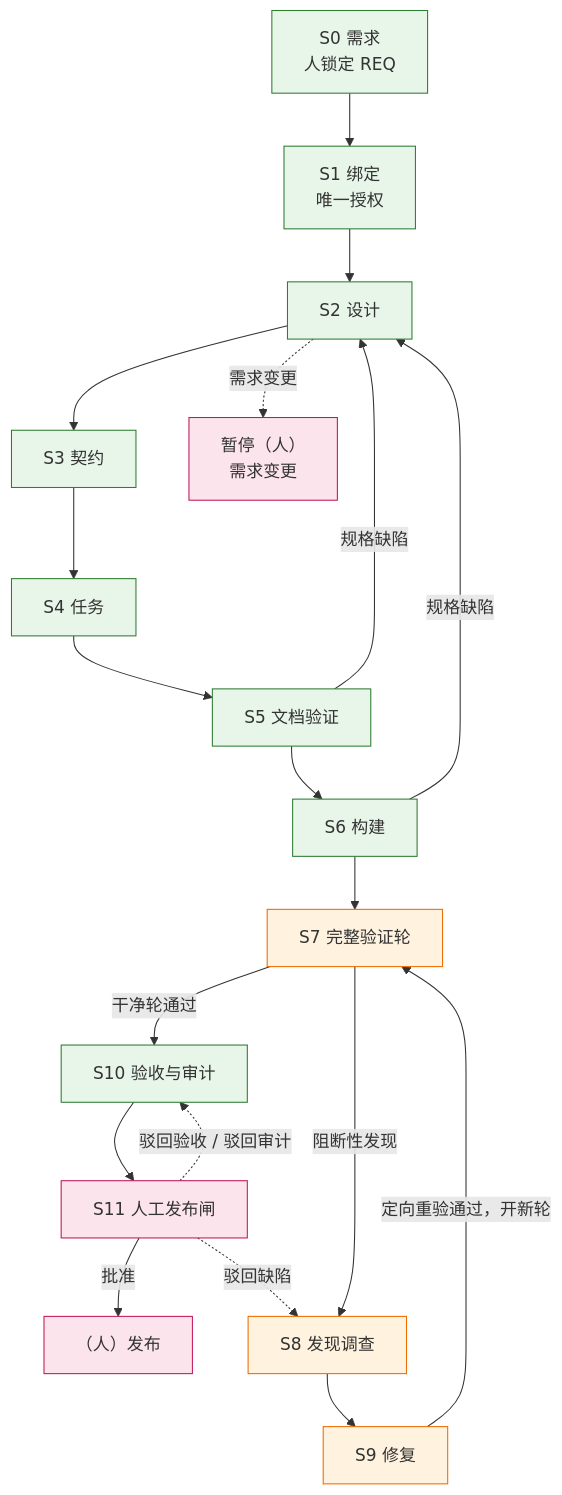
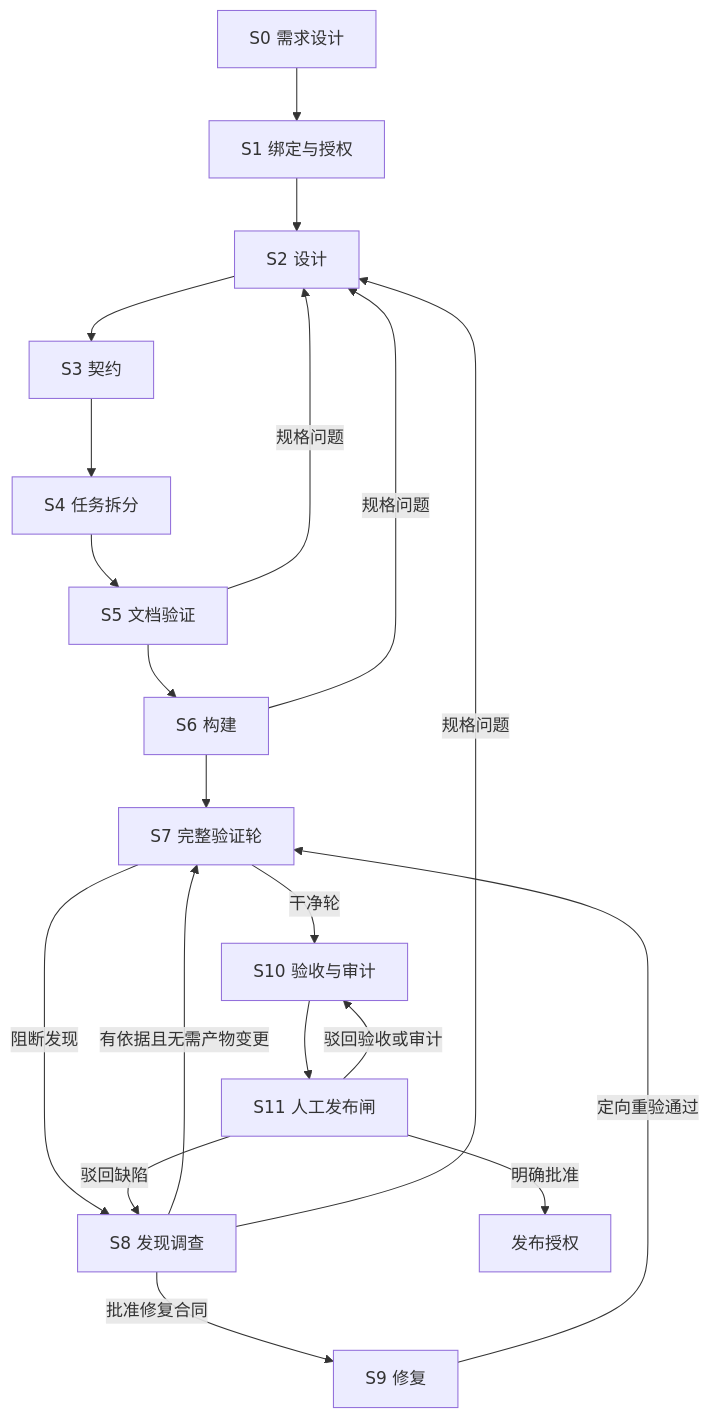
The diagram in blueprint/l2-lifecycle/L2-lifecycle-plan.md (Sebs-Lee/go-system-builder), drawn with Mermaid before and after one commit. The commit also changed other lines of this file and 468 other files, not shown here.

````diff
--- a/blueprint/l2-lifecycle/L2-lifecycle-plan.md
+++ b/blueprint/l2-lifecycle/L2-lifecycle-plan.md
@@ -18,20 +7,17 @@
 ```mermaid
 flowchart TD
-    S0["S0 需求<br/>人锁定 REQ"] --> S1["S1 绑定<br/>唯一授权"]
-    S1 --> S2["S2 设计"] --> S3["S3 契约"] --> S4["S4 任务"] --> S5["S5 文档验证"] --> S6["S6 构建"] --> S7["S7 完整验证轮"]
-    S7 -->|"干净轮通过"| S10["S10 验收与审计"] --> S11["S11 人工发布闸"]
-    S11 -->|"批准"| REL["（人）发布"]
-    S11 -.->|"驳回缺陷"| S8["S8 发现调查"]
-    S11 -.->|"驳回验收 / 驳回审计"| S10
-    S7 -->|"阻断性发现"| S8 --> S9["S9 修复"] -->|"定向重验通过，开新轮"| S7
-    S5 -->|"规格缺陷"| S2
-    S6 -->|"规格缺陷"| S2
-    PAUSE["暂停（人）<br/>需求变更"]
-    S2 -.->|"需求变更"| PAUSE
-    classDef main fill:#e8f5e9,stroke:#2e7d32
-    classDef fix fill:#fff3e0,stroke:#ef6c00
-    classDef human fill:#fce4ec,stroke:#c2185b
-    class S0,S1,S2,S3,S4,S5,S6,S10 main
-    class S7,S8,S9 fix
-    class S11,REL,PAUSE human
+    S0[S0 需求设计] --> S1[S1 绑定与授权]
+    S1 --> S2[S2 设计] --> S3[S3 契约] --> S4[S4 任务拆分]
+    S4 --> S5[S5 文档验证] --> S6[S6 构建] --> S7[S7 完整验证轮]
+    S7 -->|干净轮| S10[S10 验收与审计] --> S11[S11 人工发布闸]
+    S7 -->|阻断发现| S8[S8 发现调查]
+    S8 -->|批准修复合同| S9[S9 修复]
+    S8 -->|有依据且无需产物变更| S7
+    S8 -->|规格问题| S2
+    S9 -->|定向重验通过| S7
+    S11 -->|驳回缺陷| S8
+    S11 -->|驳回验收或审计| S10
+    S11 -->|明确批准| AUTH[发布授权]
+    S5 -->|规格问题| S2
+    S6 -->|规格问题| S2
 ```
````
